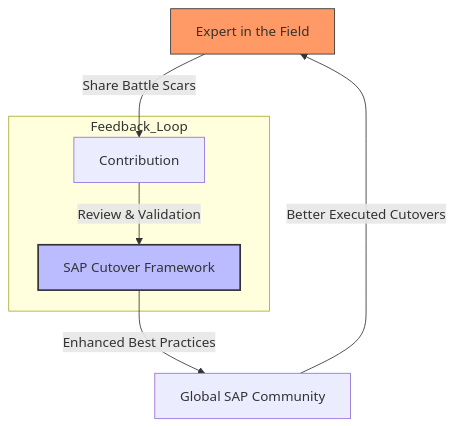
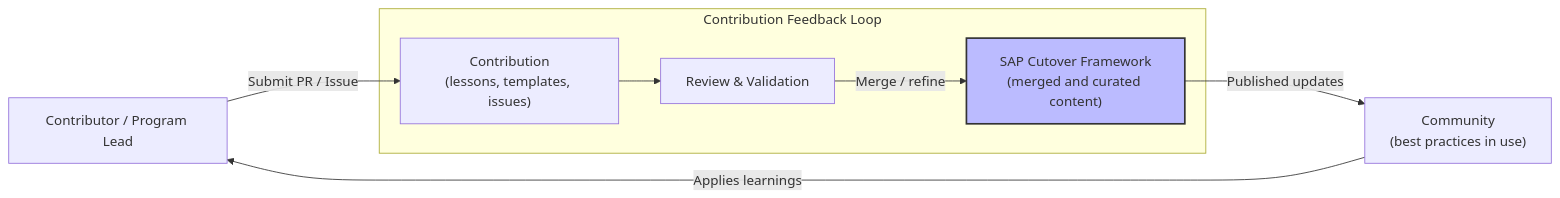
One commit to nelson-biagiojr/sap-operational-intelligence changed the diagram in CONTRIBUTING.md. Above: the diagram before and after it, drawn with Mermaid.

Commit message:
Add Mermaid diagram to illustrate contribution feedback loop

````diff
--- a/CONTRIBUTING.md
+++ b/CONTRIBUTING.md
@@ -9,15 +9,23 @@
 ```mermaid
-graph TD
-    Node1["Expert in the Field"] -- "Share Battle Scars" --> Node2["Contribution"]
-    Node2 -- "Review & Validation" --> Node3["SAP Cutover Framework"]
-    Node3 -- "Enhanced Best Practices" --> Node4["Global SAP Community"]
-    Node4 -- "Better Executed Cutovers" --> Node1
+flowchart LR
+    Contributor["Contributor / Program Lead"]
+    Contribution["Contribution\n(lessons, templates, issues)"]
+    Review["Review & Validation"]
+    Framework["SAP Cutover Framework\n(merged and curated content)"]
+    Community["Community\n(best practices in use)"]
 
-    subgraph Feedback_Loop
-        Node2
-        Node3
+    Contributor -->|Submit PR / Issue| Contribution
+    Contribution --> Review
+    Review -->|Merge / refine| Framework
+    Framework -->|Published updates| Community
+    Community -->|Applies learnings| Contributor
+
+    subgraph Feedback_Loop["Contribution Feedback Loop"]
+        Contribution
+        Review
+        Framework
     end
 
-    style Node3 fill:#bbf,stroke:#333,stroke-width:2px
-    style Node1 fill:#f96,stroke:#333
+    classDef highlight fill:#bbf,stroke:#333,stroke-width:2px;
+    class Framework highlight
 ```
````
